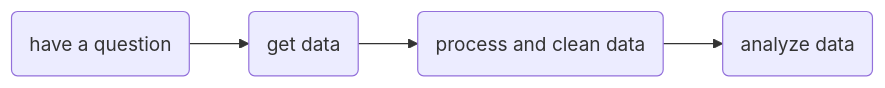
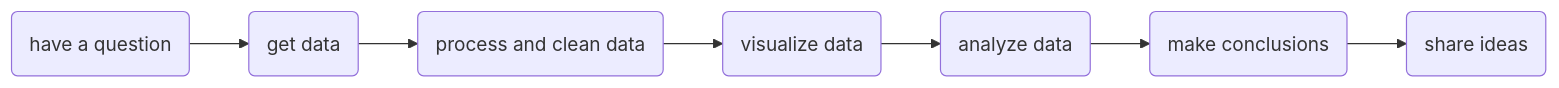
One commit to agrogan1/globalfamilies changed the diagram in quantitative-data-analysis.qmd. Above: the diagram before and after it, drawn with Mermaid. The commit also changed 21 other files, not shown here.

Commit message:
update all diagrams to mermaid

````diff
--- a/quantitative-data-analysis.qmd
+++ b/quantitative-data-analysis.qmd
@@ -7,9 +7,12 @@
 ```{mermaid}
 %%| fig-width: 7
 
 flowchart LR
   A(have a question) --> B(get data)
   B --> C(process and clean data) 
-  C --> D(analyze data)
+  C --> D(visualize data)
+  D --> E(analyze data)
+  E --> F(make conclusions)
+  F --> G(share ideas)
   
 ```
````
